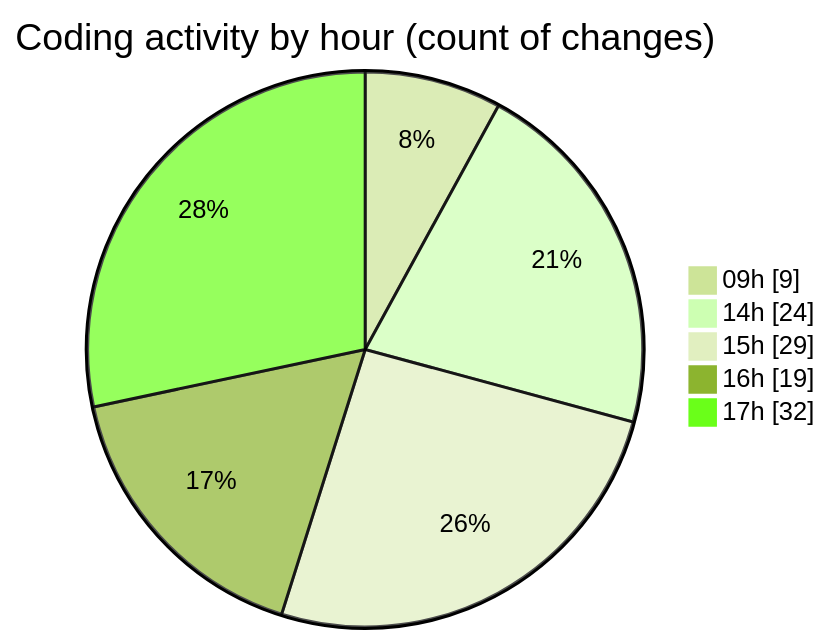
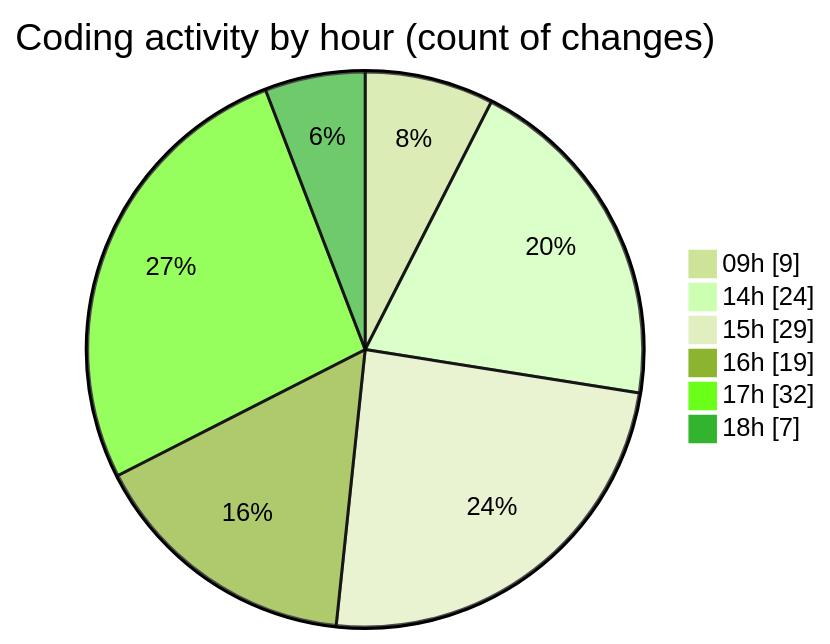
One commit to julien-gomy/code-tracking changed the second of 2 diagrams in 2025-11-25/eventscop-frontend-guide__workspace_/README.md. Above: the diagram before and after it, drawn with Mermaid (forest theme). The commit also changed other lines of this file and 1 other file, not shown here.

````diff
--- a/2025-11-25/eventscop-frontend-guide__workspace_/README.md
+++ b/2025-11-25/eventscop-frontend-guide__workspace_/README.md
@@ -47,9 +48,10 @@
 ```mermaid
 pie showData
 title Coding activity by hour (count of changes)
 "09h" : 9
 "14h" : 24
 "15h" : 29
 "16h" : 19
 "17h" : 32
+"18h" : 7
 ```
````
